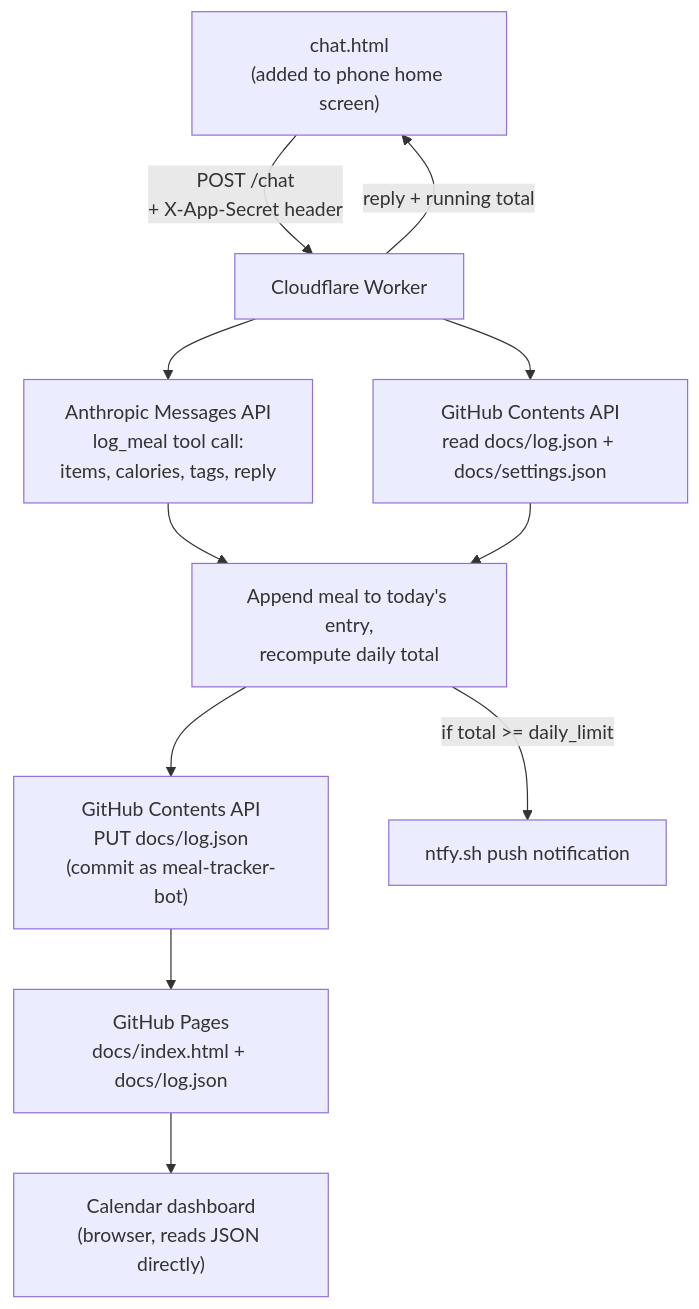
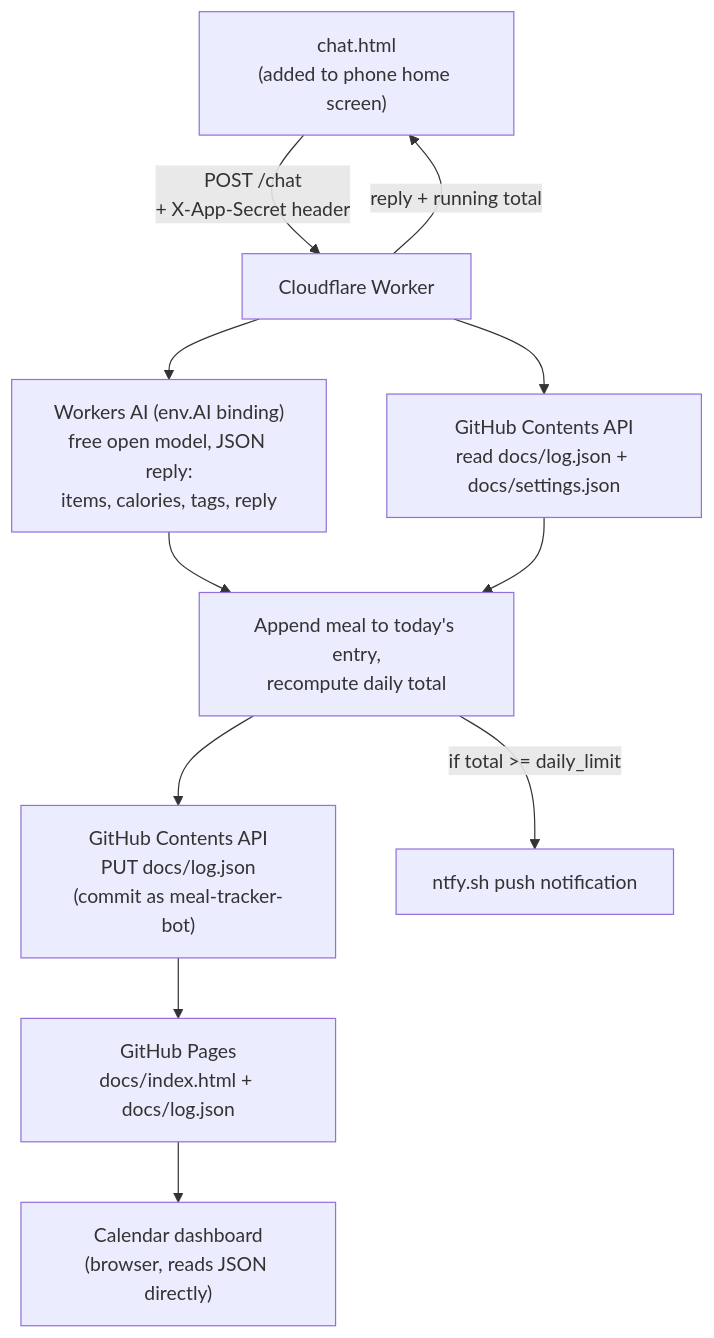
The diagram in ARCHITECTURE.md (apineschi/meal-tracker), drawn with Mermaid before and after one commit. The commit also changed other lines of this file and 2 other files, not shown here.

````diff
--- a/ARCHITECTURE.md
+++ b/ARCHITECTURE.md
@@ -23,13 +33,13 @@
 ```mermaid
 flowchart TD
     A["chat.html\n(added to phone home screen)"] -->|"POST /chat\n+ X-App-Secret header"| B["Cloudflare Worker"]
-    B --> C["Anthropic Messages API\nlog_meal tool call:\nitems, calories, tags, reply"]
+    B --> C["Workers AI (env.AI binding)\nfree open model, JSON reply:\nitems, calories, tags, reply"]
     B --> D["GitHub Contents API\nread docs/log.json + docs/settings.json"]
     C --> E["Append meal to today's entry,\nrecompute daily total"]
     D --> E
     E --> F["GitHub Contents API\nPUT docs/log.json\n(commit as meal-tracker-bot)"]
     E -->|"if total >= daily_limit"| G["ntfy.sh push notification"]
     F --> H["GitHub Pages\ndocs/index.html + docs/log.json"]
     H --> I["Calendar dashboard\n(browser, reads JSON directly)"]
     B -->|"reply + running total"| A
 ```
````
